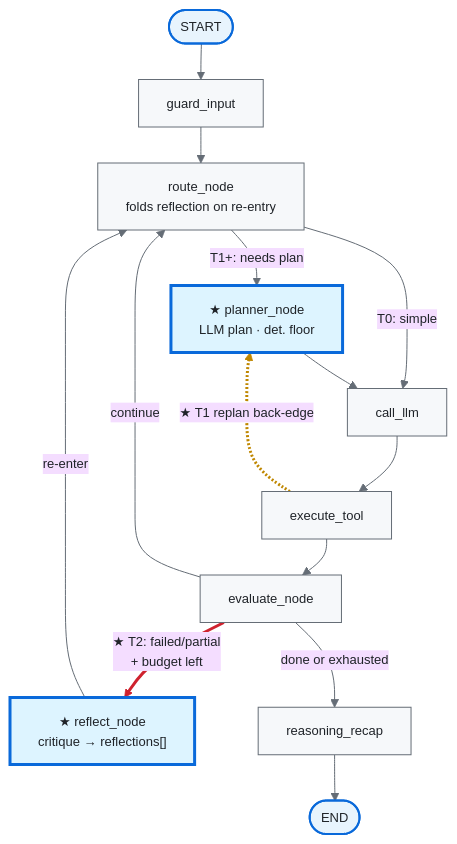
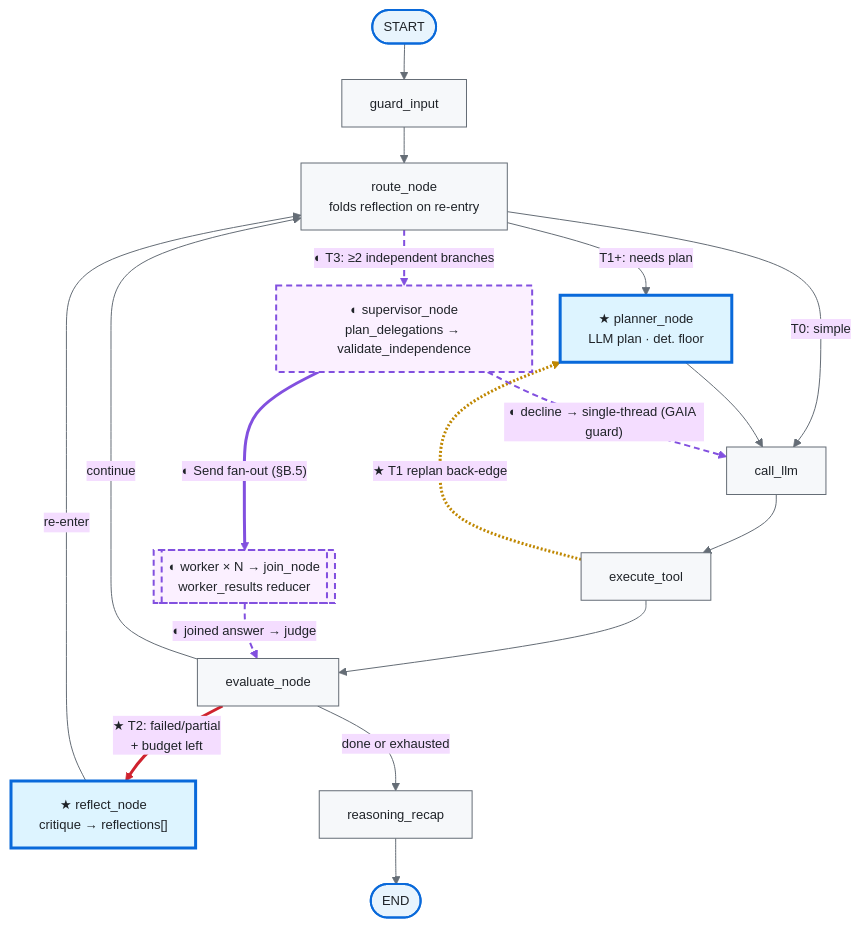
The fifth of 7 diagrams in docs/plans/planning_pipeline_tiered_loops.design.md (rajnishkhatri/AgentsFramework), drawn with Mermaid before and after one commit. The commit also changed other lines of this file and 16 other files, not shown here.

First line of the commit message:
feat(planning): un-defer T3 fan-out design, harden stress trace scoring

````diff
--- a/docs/plans/planning_pipeline_tiered_loops.design.md
+++ b/docs/plans/planning_pipeline_tiered_loops.design.md
@@ -540,33 +546,44 @@
 ```mermaid
 %%{init: {
   'theme': 'base',
   'themeVariables': { 'primaryTextColor': '#1f2328', 'lineColor': '#656d76', 'fontSize': '13px' },
   'flowchart': { 'padding': 14, 'nodeSpacing': 28, 'rankSpacing': 36, 'htmlLabels': true, 'curve': 'basis' }
 }}%%
 flowchart TD
     START([START]) --> GUARD[guard_input]
     GUARD --> ROUTE["route_node<br/>folds reflection on re-entry"]
 
     ROUTE -->|T1+: needs plan| PLAN["★ planner_node<br/>LLM plan · det. floor"]
     ROUTE -->|T0: simple| LLM[call_llm]
     PLAN --> LLM
     LLM --> EXEC[execute_tool]
     EXEC --> EVAL[evaluate_node]
 
     EXEC -. "★ T1 replan back-edge" .-> PLAN
 
+    ROUTE -. "◐ T3: ≥2 independent branches" .-> SUP["◐ supervisor_node<br/>plan_delegations → validate_independence"]
+    SUP -. "◐ decline → single-thread (GAIA guard)" .-> LLM
+    SUP == "◐ Send fan-out (§B.5)" ==> JOIN[["◐ worker × N → join_node<br/>worker_results reducer"]]
+    JOIN -. "◐ joined answer → judge" .-> EVAL
+
     EVAL -->|continue| ROUTE
     EVAL -->|"★ T2: failed/partial<br/>+ budget left"| REFLECT["★ reflect_node<br/>critique → reflections[]"]
     EVAL -->|done or exhausted| RECAP[reasoning_recap]
     REFLECT -->|re-enter| ROUTE
     RECAP --> END([END])
 
     classDef existing fill:#f6f8fa,stroke:#656d76,stroke-width:1px,color:#1f2328
     classDef new fill:#ddf4ff,stroke:#0969da,stroke-width:3px,color:#1f2328
+    classDef planned fill:#fbf0ff,stroke:#8250df,stroke-width:2px,stroke-dasharray:6 4,color:#1f2328
     classDef terminal fill:#e8f4fd,stroke:#0969da,stroke-width:2px,color:#1f2328
     class GUARD,ROUTE,LLM,EXEC,EVAL,RECAP existing
     class PLAN,REFLECT new
+    class SUP,JOIN planned
     class START,END terminal
     linkStyle 7 stroke:#bf8700,stroke-width:3px
-    linkStyle 9 stroke:#cf222e,stroke-width:3px
+    linkStyle 8 stroke:#8250df,stroke-width:2px,stroke-dasharray:6 4
+    linkStyle 9 stroke:#8250df,stroke-width:2px,stroke-dasharray:6 4
+    linkStyle 10 stroke:#8250df,stroke-width:3px
+    linkStyle 11 stroke:#8250df,stroke-width:2px,stroke-dasharray:6 4
+    linkStyle 13 stroke:#cf222e,stroke-width:3px
 ```
````
